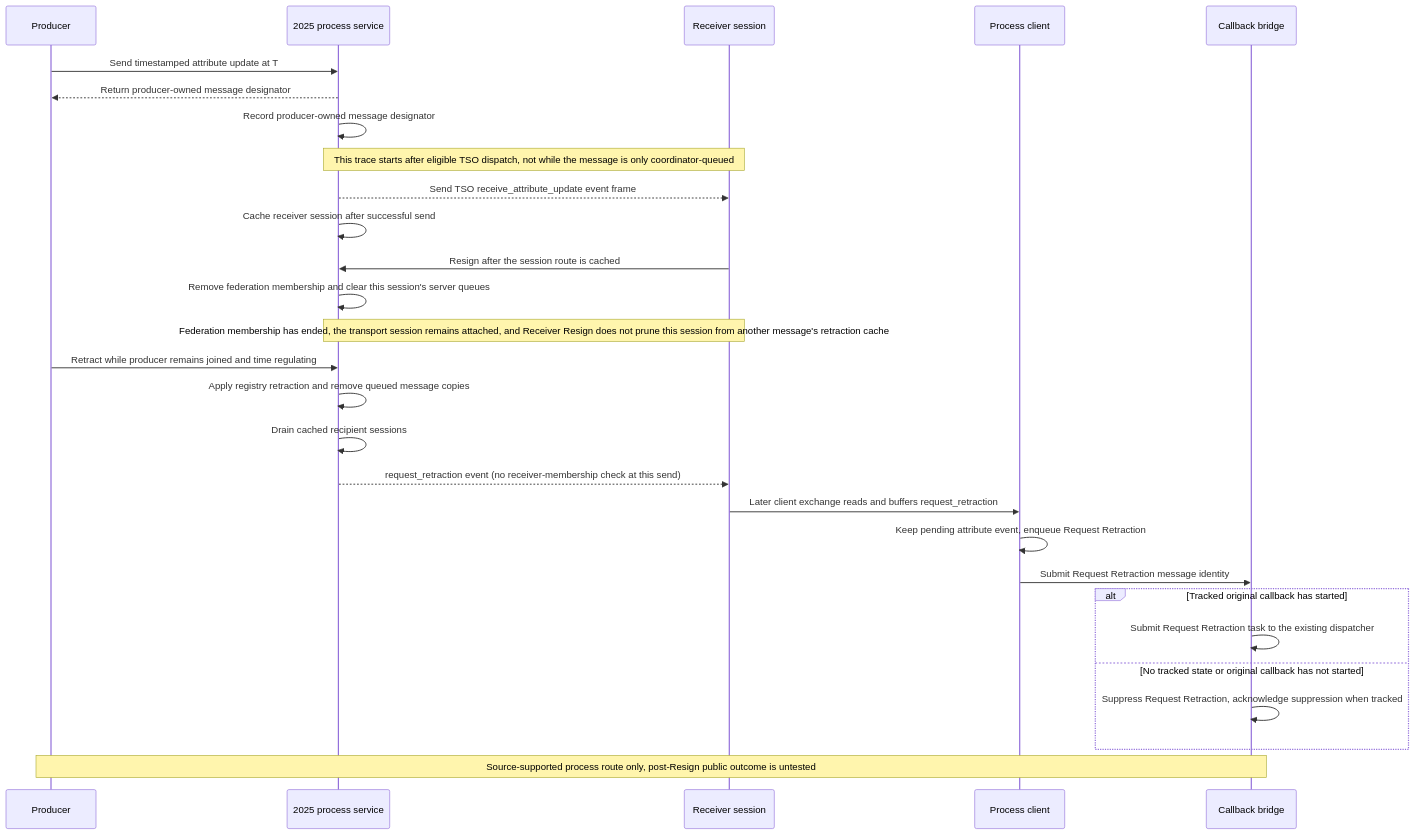
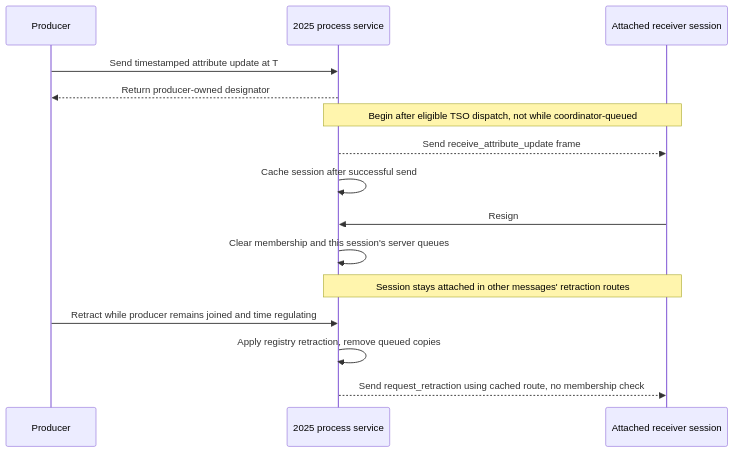
One commit to sheepfling/umbra changed diagram 12 of 16 in docs/design/HLA-2025-TSO-RETRACTION-FLOW-GUIDE.md. Above: the diagram before and after it, drawn with Mermaid. The commit also changed other lines of this file and 39 other files, not shown here.

Commit message:
Document IEEE 1516.1-2025 behavior flows

````diff
--- a/docs/design/HLA-2025-TSO-RETRACTION-FLOW-GUIDE.md
+++ b/docs/design/HLA-2025-TSO-RETRACTION-FLOW-GUIDE.md
@@ -664,31 +828,18 @@
 ```mermaid
 sequenceDiagram
     participant P as Producer
     participant S as 2025 process service
-    participant R as Receiver session
-    participant C as Process client
-    participant B as Callback bridge
+    participant R as Attached receiver session
 
     P->>S: Send timestamped attribute update at T
-    S-->>P: Return producer-owned message designator
-    S->>S: Record producer-owned message designator
-    Note over S,R: This trace starts after eligible TSO dispatch, not while the message is only coordinator-queued
-    S-->>R: Send TSO receive_attribute_update event frame
-    S->>S: Cache receiver session after successful send
-    R->>S: Resign after the session route is cached
-    S->>S: Remove federation membership and clear this session's server queues
-    Note over S,R: Federation membership has ended, the transport session remains attached, and Receiver Resign does not prune this session from another message's retraction cache
+    S-->>P: Return producer-owned designator
+    Note over S,R: Begin after eligible TSO dispatch, not while coordinator-queued
+    S-->>R: Send receive_attribute_update frame
+    S->>S: Cache session after successful send
+    R->>S: Resign
+    S->>S: Clear membership and this session's server queues
+    Note over S,R: Session stays attached in other messages' retraction routes
     P->>S: Retract while producer remains joined and time regulating
-    S->>S: Apply registry retraction and remove queued message copies
-    S->>S: Drain cached recipient sessions
-    S-->>R: request_retraction event (no receiver-membership check at this send)
-    R->>C: Later client exchange reads and buffers request_retraction
-    C->>C: Keep pending attribute event, enqueue Request Retraction
-    C->>B: Submit Request Retraction message identity
-    alt Tracked original callback has started
-        B->>B: Submit Request Retraction task to the existing dispatcher
-    else No tracked state or original callback has not started
-        B->>B: Suppress Request Retraction, acknowledge suppression when tracked
-    end
-    Note over P,B: Source-supported process route only, post-Resign public outcome is untested
+    S->>S: Apply registry retraction, remove queued copies
+    S-->>R: Send request_retraction using cached route, no membership check
 ```
````
